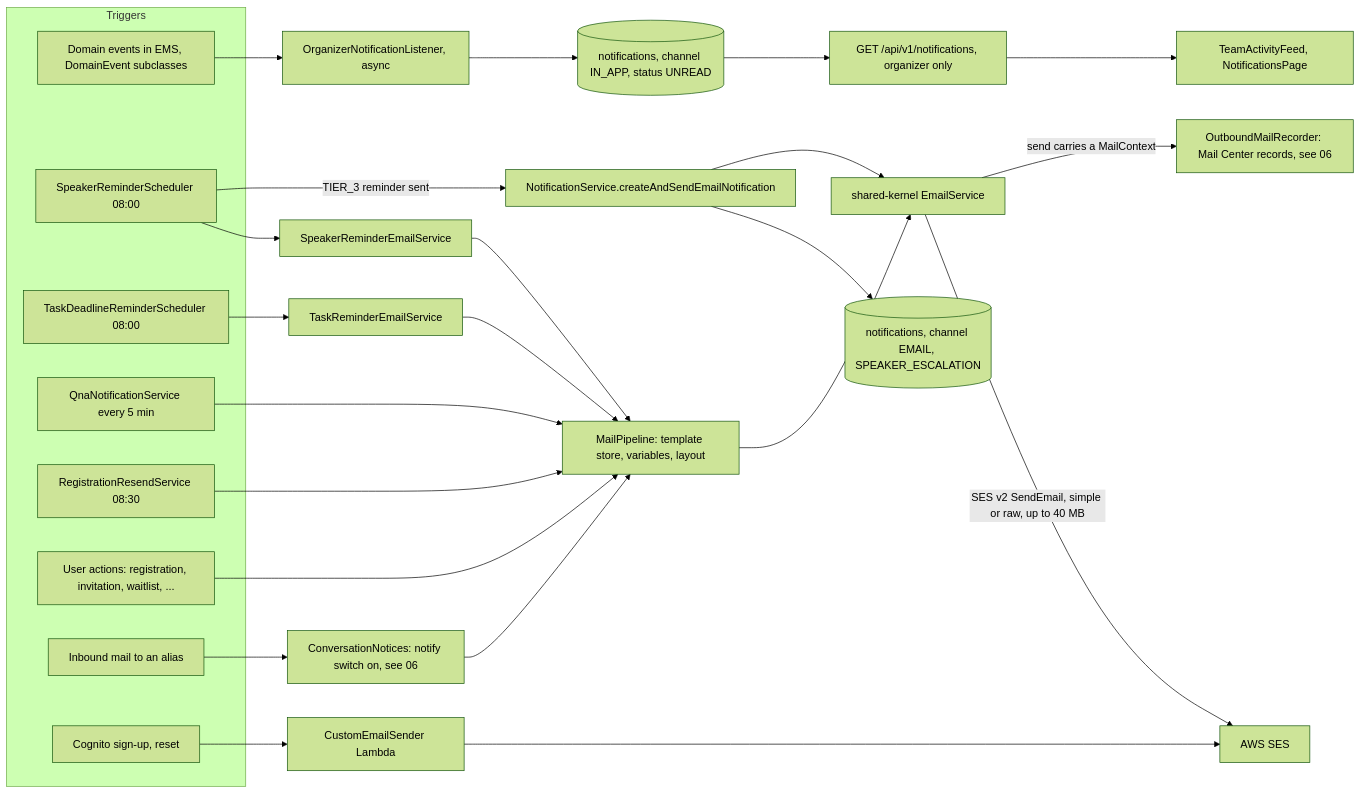
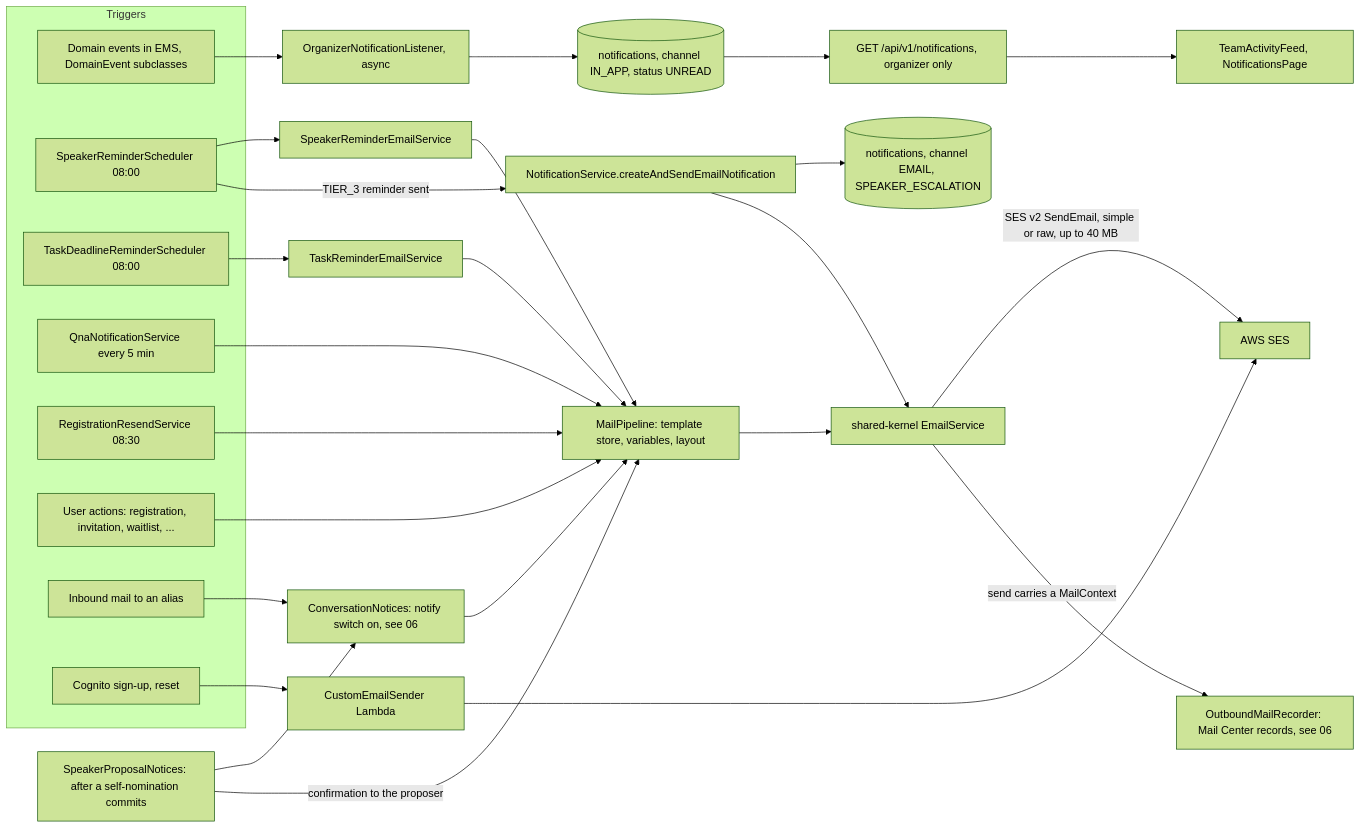
Before and after one commit to nissimbuchs/BATbern2: the first of 6 diagrams in docs/architecture/06d-notification-system.md, drawn with Mermaid (forest theme). The commit also changed 35 other files, not shown here.

````diff
--- a/docs/architecture/06d-notification-system.md
+++ b/docs/architecture/06d-notification-system.md
@@ -23,33 +23,35 @@
 ```mermaid
 flowchart LR
     subgraph Triggers
         DE["Domain events in EMS, DomainEvent subclasses"]
         SR["SpeakerReminderScheduler 08:00"]
         TR["TaskDeadlineReminderScheduler 08:00"]
         QN["QnaNotificationService every 5 min"]
         RR["RegistrationResendService 08:30"]
         REG["User actions: registration, invitation, waitlist, ..."]
         INB["Inbound mail to an alias"]
         COGT["Cognito sign-up, reset"]
     end
     DE --> ONL["OrganizerNotificationListener, async"]
     ONL --> NT[("notifications, channel IN_APP, status UNREAD")]
     NT --> REST["GET /api/v1/notifications, organizer only"]
     REST --> FEED["TeamActivityFeed, NotificationsPage"]
     SR --> SRE["SpeakerReminderEmailService"]
     SR -->|"TIER_3 reminder sent"| NS["NotificationService.createAndSendEmailNotification"]
     NS --> NTE[("notifications, channel EMAIL, SPEAKER_ESCALATION")]
     TR --> TRE["TaskReminderEmailService"]
     QN --> MP
     RR --> MP
     REG --> MP
     SRE --> MP["MailPipeline: template store, variables, layout"]
     TRE --> MP
     INB --> CN["ConversationNotices: notify switch on, see 06"]
+    SPN["SpeakerProposalNotices: after a self-nomination commits"] --> CN
+    SPN -->|"confirmation to the proposer"| MP
     CN --> MP
     MP --> ES["shared-kernel EmailService"]
     NS --> ES
     ES -->|"SES v2 SendEmail, simple or raw, up to 40 MB"| SES["AWS SES"]
     ES -->|"send carries a MailContext"| REC["OutboundMailRecorder: Mail Center records, see 06"]
     COGT --> CES["CustomEmailSender Lambda"] --> SES
 ```
````
